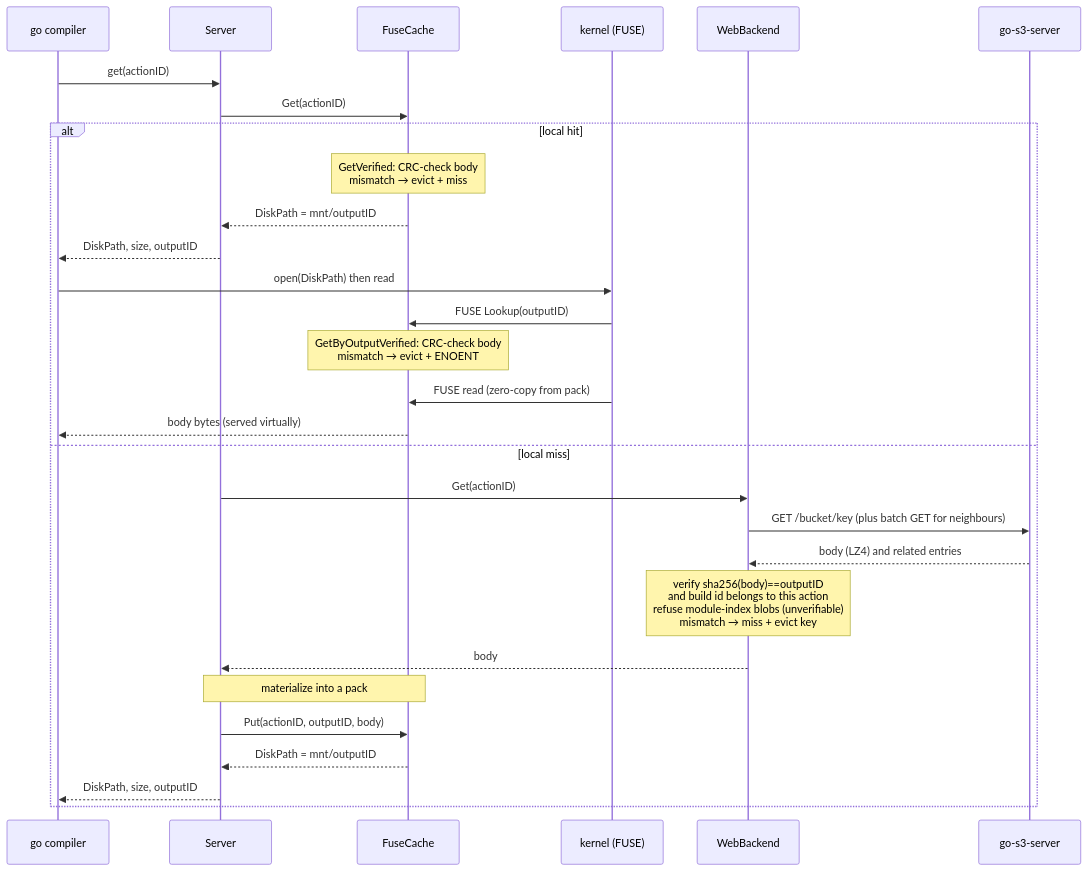
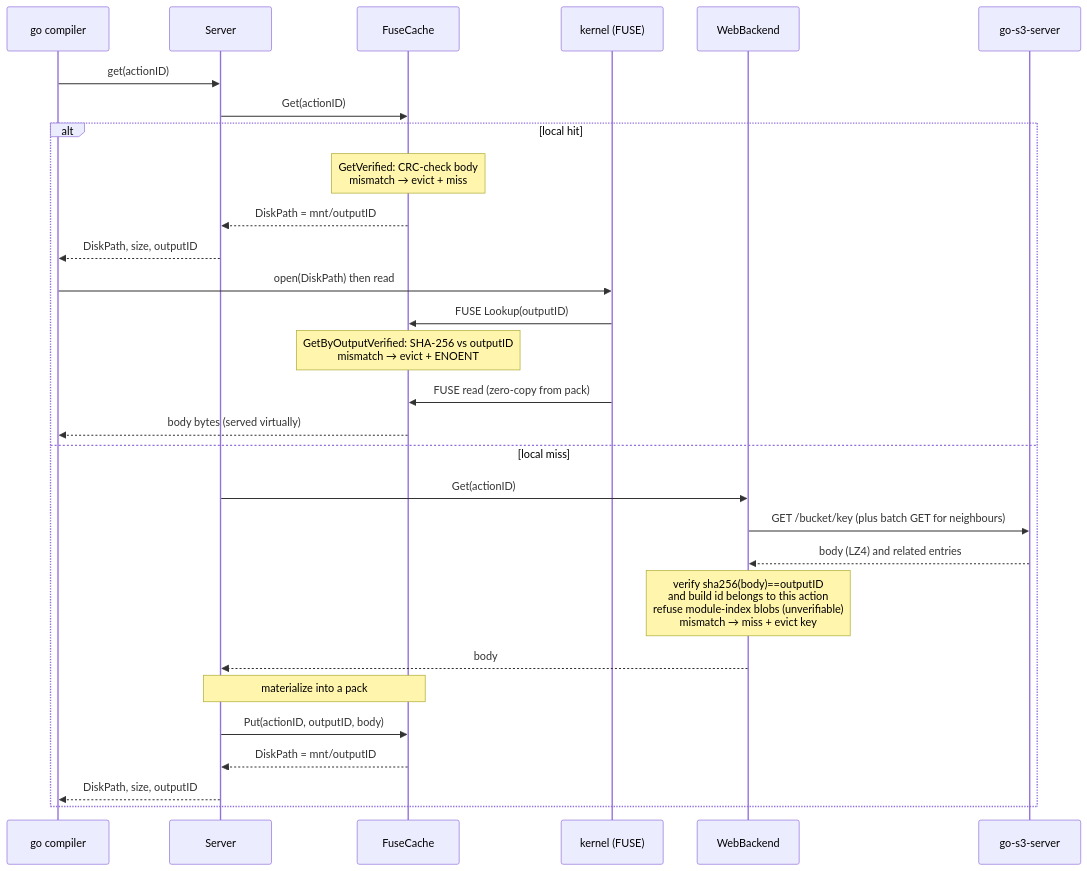
One commit to wow-look-at-my/go-toolchain changed the fourth of 6 diagrams in docs/CACHE.md. Above: the diagram before and after it, drawn with Mermaid. The commit also changed other lines of this file and 6 other files, not shown here.

````diff
--- a/docs/CACHE.md
+++ b/docs/CACHE.md
@@ -228,32 +235,32 @@
 ```mermaid
 sequenceDiagram
     participant Go as go compiler
     participant S as Server
     participant L as FuseCache
     participant K as kernel (FUSE)
     participant W as WebBackend
     participant R as go-s3-server
 
     Go->>S: get(actionID)
     S->>L: Get(actionID)
     alt local hit
         Note over L: GetVerified: CRC-check body<br/>mismatch → evict + miss
         L-->>S: DiskPath = mnt/outputID
         S-->>Go: DiskPath, size, outputID
         Go->>K: open(DiskPath) then read
         K->>L: FUSE Lookup(outputID)
-        Note over L: GetByOutputVerified: CRC-check body<br/>mismatch → evict + ENOENT
+        Note over L: GetByOutputVerified: SHA-256 vs outputID<br/>mismatch → evict + ENOENT
         K->>L: FUSE read (zero-copy from pack)
         L-->>Go: body bytes (served virtually)
     else local miss
         S->>W: Get(actionID)
         W->>R: GET /bucket/key (plus batch GET for neighbours)
         R-->>W: body (LZ4) and related entries
         Note over W: verify sha256(body)==outputID<br/>and build id belongs to this action<br/>refuse module-index blobs (unverifiable)<br/>mismatch → miss + evict key
         W-->>S: body
         Note over S,L: materialize into a pack
         S->>L: Put(actionID, outputID, body)
         L-->>S: DiskPath = mnt/outputID
         S-->>Go: DiskPath, size, outputID
     end
 ```
````
